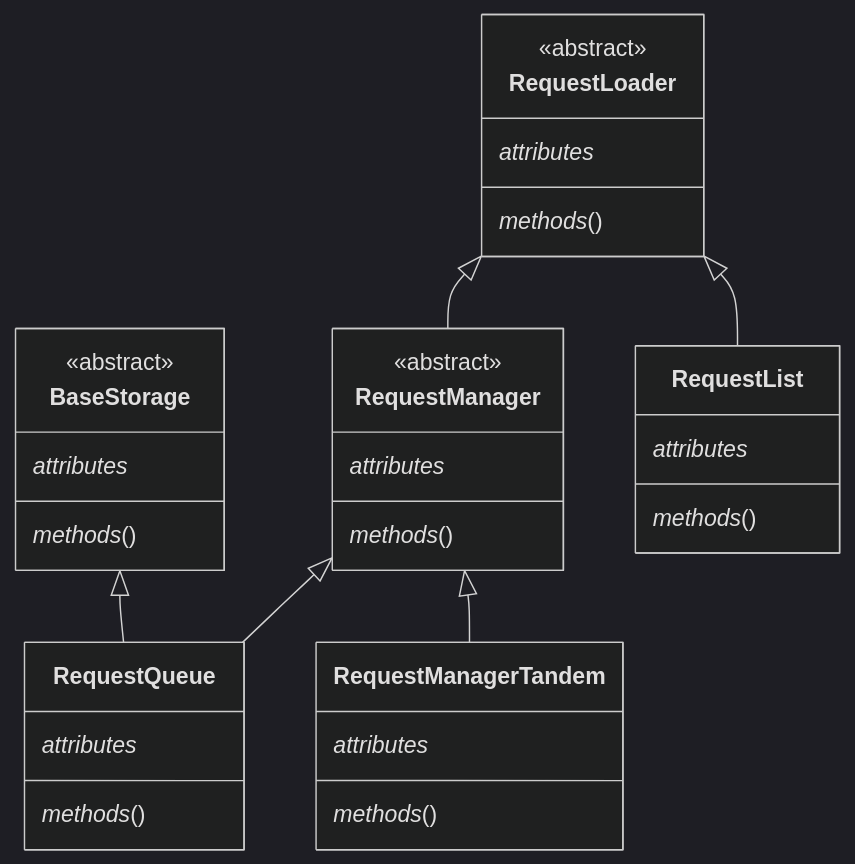
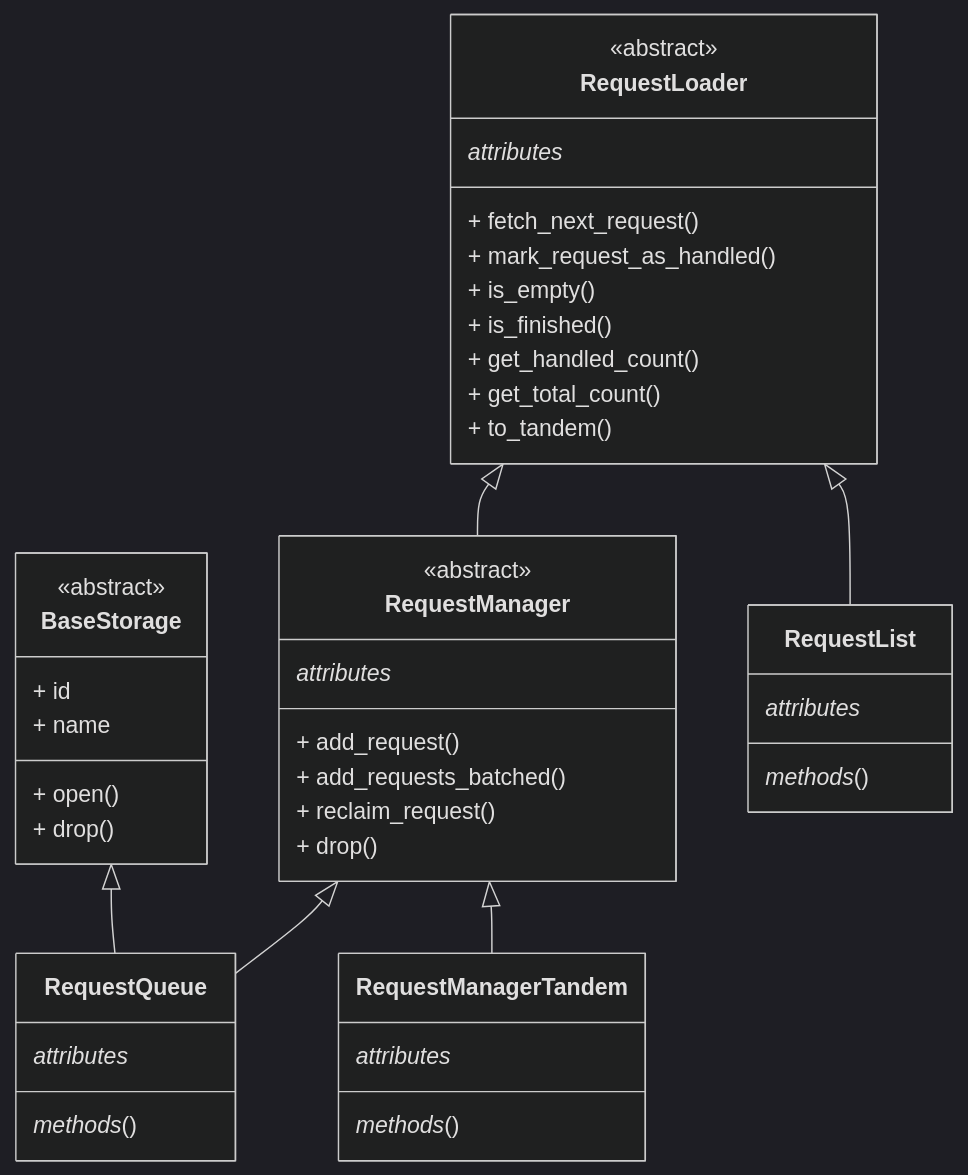
Before and after one commit to apify/crawlee-python: the diagram in docs/guides/request_loaders.mdx, drawn with Mermaid (dark theme). The commit also changed other lines of this file, not shown here.

Commit message:
docs: update request loaders guide

````diff
--- a/docs/guides/request_loaders.mdx
+++ b/docs/guides/request_loaders.mdx
@@ -33,55 +33,66 @@
 ```mermaid
 classDiagram
 
 %% ========================
 %% Abstract classes
 %% ========================
 
 class BaseStorage {
     <<abstract>>
-    _attributes_
-    _methods_()
+    + id
+    + name
+    + open()
+    + drop()
 }
 
 class RequestLoader {
     <<abstract>>
     _attributes_
-    _methods_()
+    + fetch_next_request()
+    + mark_request_as_handled()
+    + is_empty()
+    + is_finished()
+    + get_handled_count()
+    + get_total_count()
+    + to_tandem()
 }
 
 class RequestManager {
     <<abstract>>
     _attributes_
-    _methods_()
+    + add_request()
+    + add_requests_batched()
+    + reclaim_request()
+    + drop()
 }
 
 %% ========================
 %% Specific classes
 %% ========================
 
 class RequestQueue {
     _attributes_
     _methods_()
 }
 
 class RequestList {
     _attributes_
     _methods_()
 }
 
 class RequestManagerTandem {
     _attributes_
     _methods_()
 }
 
 %% ========================
 %% Inheritance arrows
 %% ========================
 
 BaseStorage <|-- RequestQueue
 RequestManager <|-- RequestQueue
 
 RequestLoader <|-- RequestManager
 RequestLoader <|-- RequestList
 RequestManager <|-- RequestManagerTandem
 ```
````
